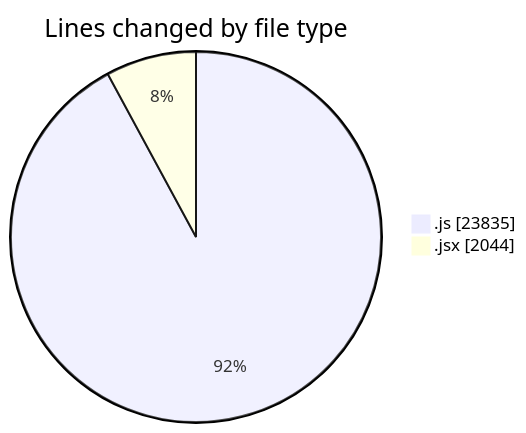
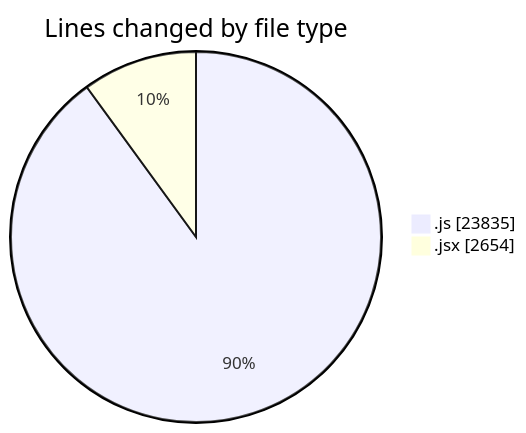
Before and after one commit to nxtqubesakshisongat/code-tracking: the first of 2 diagrams in 2025-10-01/nxtqube_webapp/README.md, drawn with Mermaid. The commit also changed other lines of this file and 1 other file, not shown here.

````diff
--- a/2025-10-01/nxtqube_webapp/README.md
+++ b/2025-10-01/nxtqube_webapp/README.md
@@ -23,6 +24,6 @@
 ```mermaid
 pie showData
 title Lines changed by file type
 ".js" : 23835
-".jsx" : 2044
+".jsx" : 2654
 ```
````
